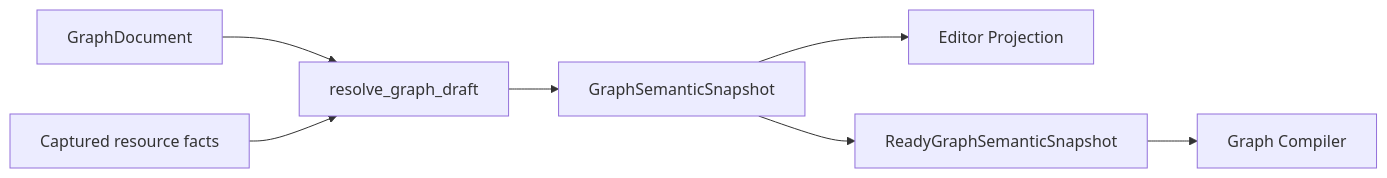
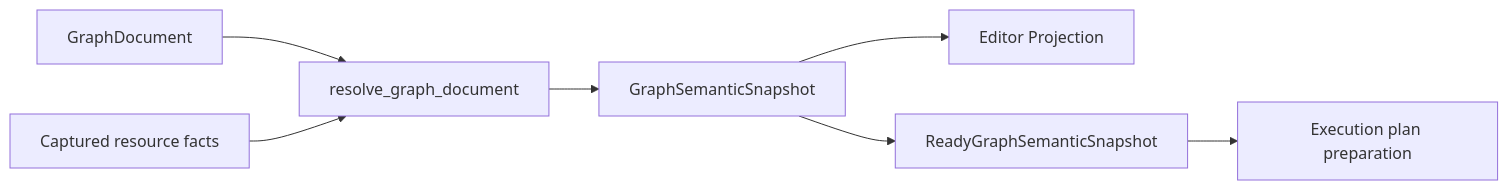
Before and after one commit to zhouyi207/YssBI: the diagram in docs/architecture/GRAPH_AND_EXECUTION.md, drawn with Mermaid. The commit also changed other lines of this file and 32 other files, not shown here.

Commit message:
docs(architecture): document graph ownership and performance findings

````diff
--- a/docs/architecture/GRAPH_AND_EXECUTION.md
+++ b/docs/architecture/GRAPH_AND_EXECUTION.md
@@ -141,9 +132,9 @@
 ```mermaid
 flowchart LR
-  DOC[GraphDocument] --> RESOLVE[resolve_graph_draft]
+  DOC[GraphDocument] --> RESOLVE[resolve_graph_document]
   RES[Captured resource facts] --> RESOLVE
   RESOLVE --> SNAPSHOT[GraphSemanticSnapshot]
   SNAPSHOT --> VIEW[Editor Projection]
   SNAPSHOT --> READY[ReadyGraphSemanticSnapshot]
-  READY --> COMPILER[Graph Compiler]
+  READY --> PREPARE[Execution plan preparation]
 ```
````
